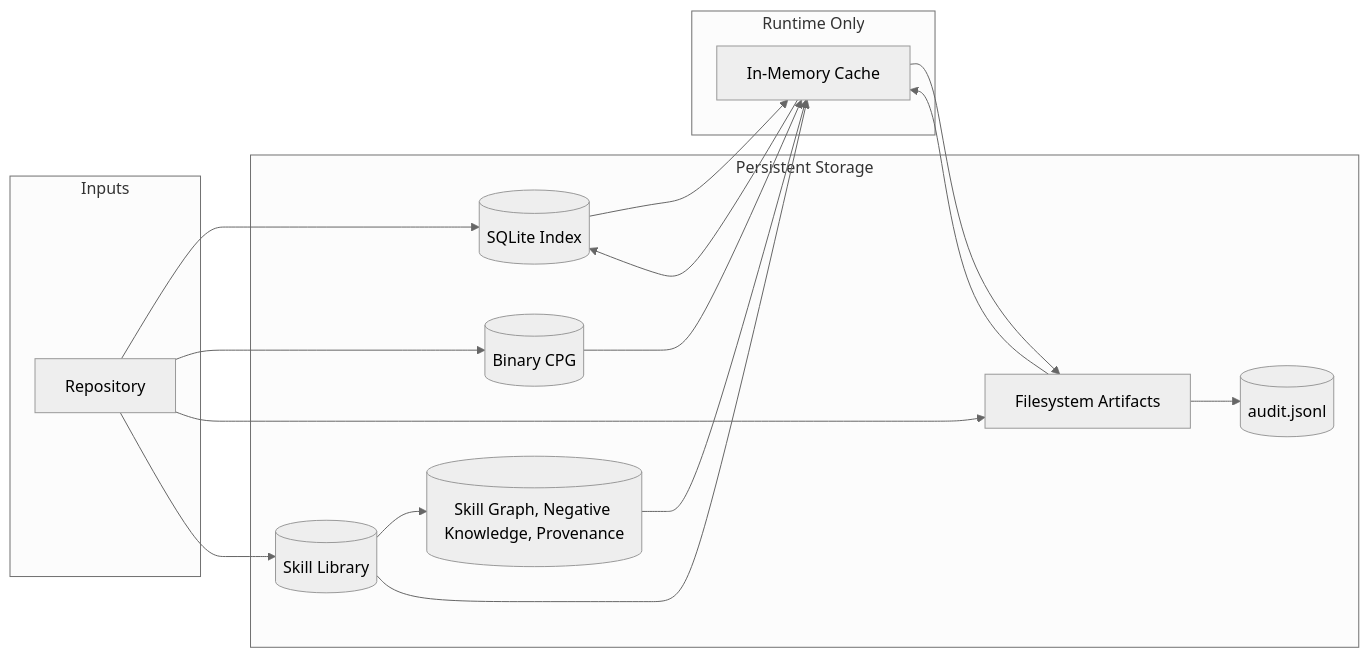
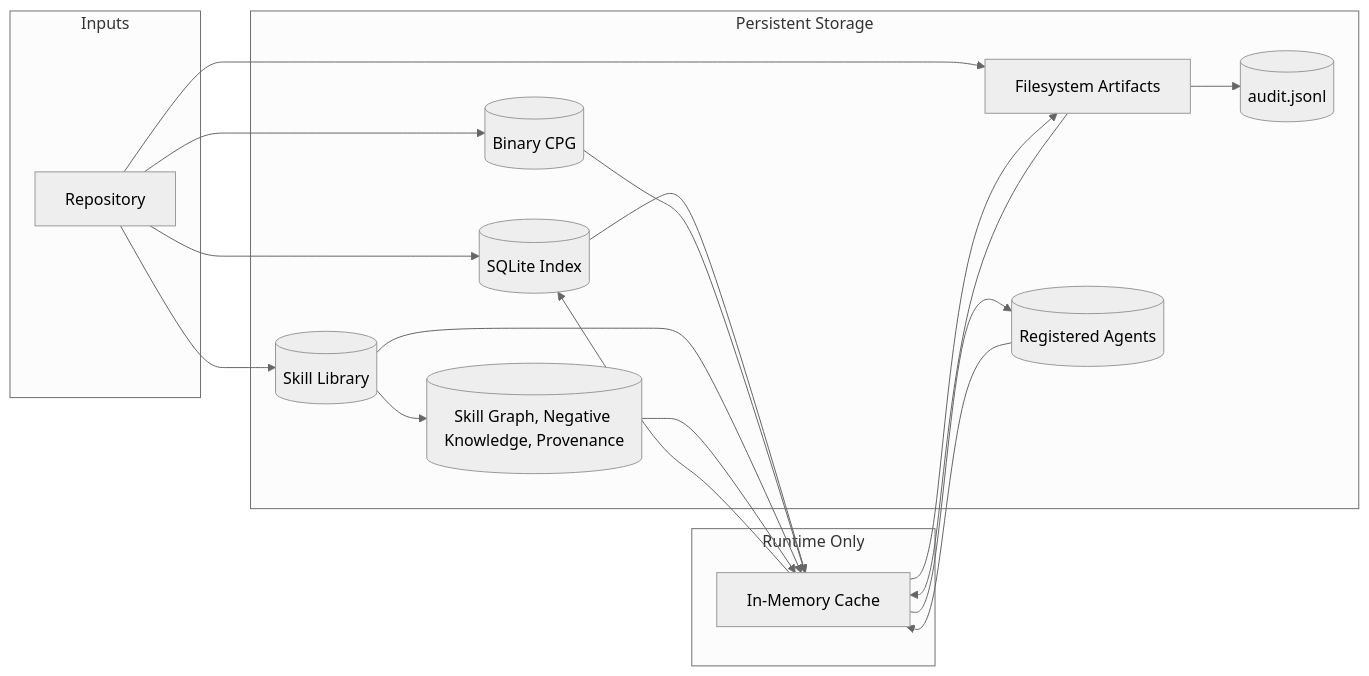
Before and after one commit to arubara2021/CodeGuardian: the third of 3 diagrams in docs/05-data-model.md, drawn with Mermaid (neutral theme). The commit also changed other lines of this file and 67 other files, not shown here.

````diff
--- a/docs/05-data-model.md
+++ b/docs/05-data-model.md
@@ -1931,33 +2058,36 @@
 ```mermaid
 flowchart LR
     subgraph Inputs
         Repo[Repository]
     end
 
     subgraph Persistence["Persistent Storage"]
         SQLite[(SQLite Index)]
         Graph[(Binary CPG)]
         FS[Filesystem Artifacts]
         Skills[(Skill Library)]
         Audit[(audit.jsonl)]
         SkillMeta[(Skill Graph, Negative Knowledge, Provenance)]
+        Agents[(Registered Agents)]
     end
 
     subgraph Runtime["Runtime Only"]
         Mem[In-Memory Cache]
     end
 
     Repo --> SQLite
     Repo --> Graph
     Repo --> FS
     Repo --> Skills
     Skills --> SkillMeta
     FS --> Audit
     SQLite --> Mem
     Graph --> Mem
     FS --> Mem
     Skills --> Mem
     SkillMeta --> Mem
+    Agents --> Mem
     Mem --> SQLite
     Mem --> FS
+    Mem --> Agents
 ```
````
